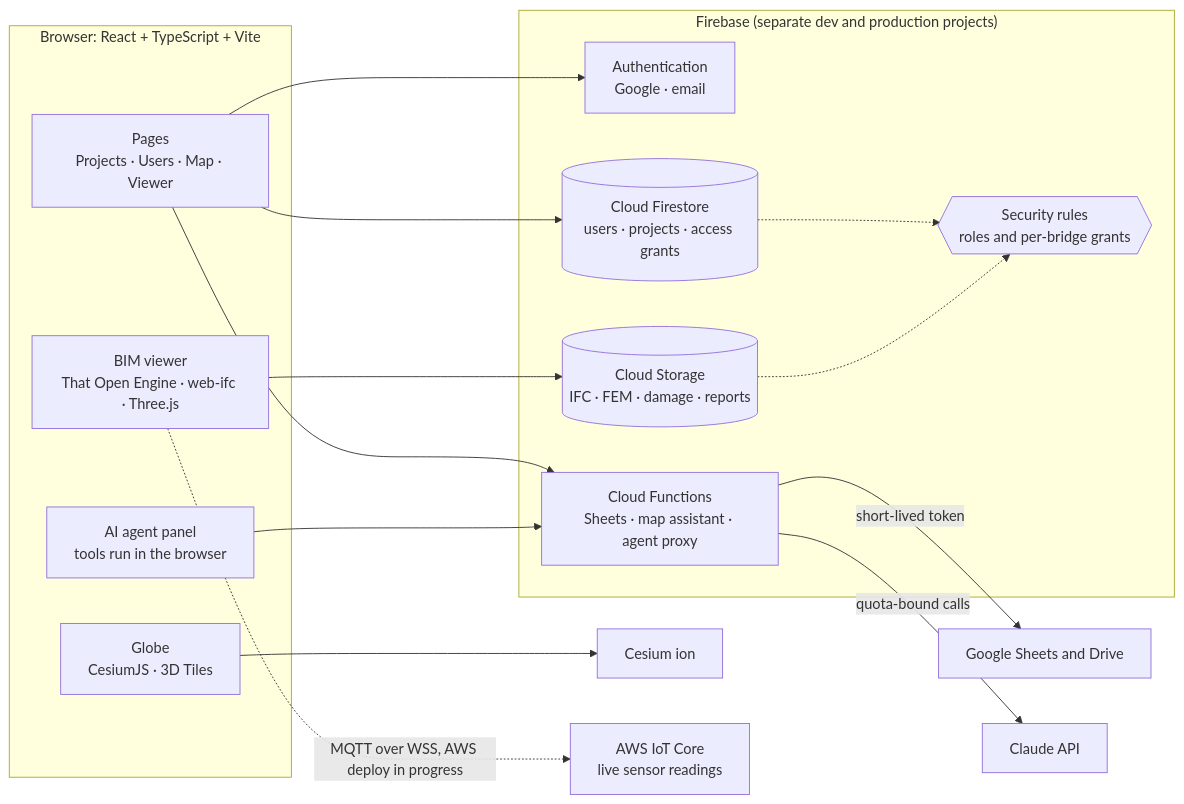
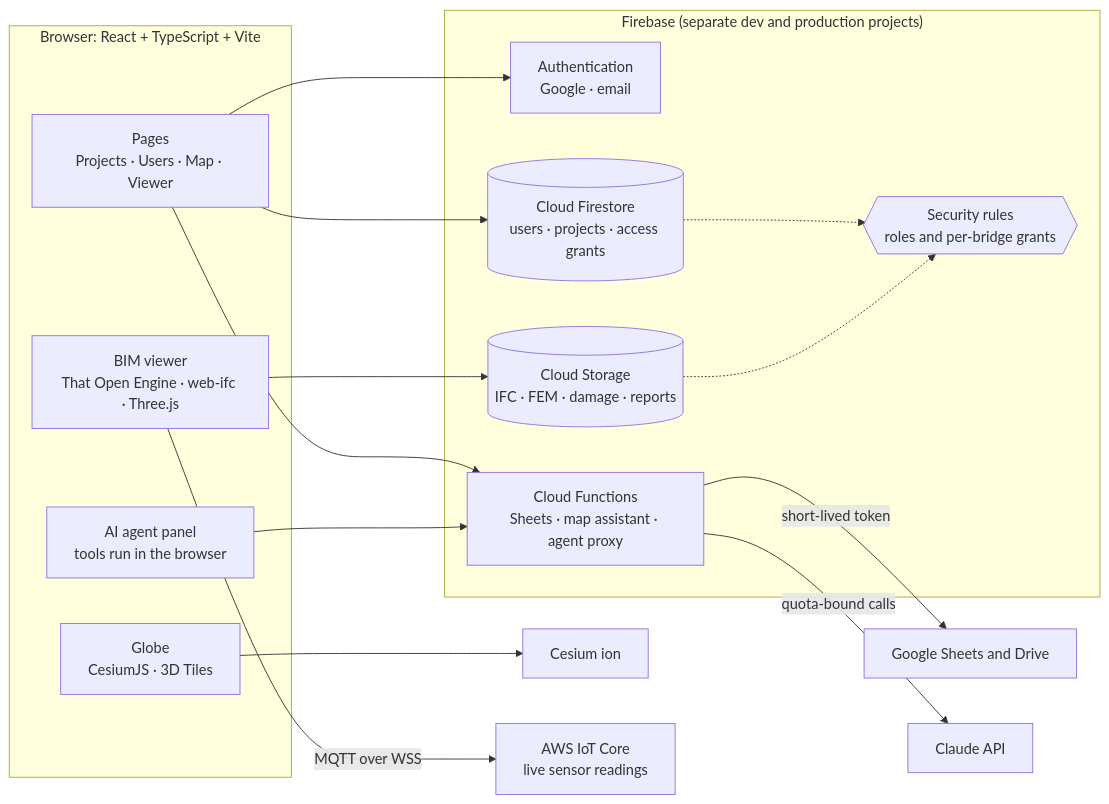
Before and after one commit to fbrandao2k/digital-twin-platform-case-study: the diagram in README.md, drawn with Mermaid. The commit also changed other lines of this file and 1 other file, not shown here.

First line of the commit message:
Describe live sensors as verified on AWS IoT Core

````diff
--- a/README.md
+++ b/README.md
@@ -120,29 +120,29 @@
 ```mermaid
 flowchart LR
     subgraph Browser["Browser: React + TypeScript + Vite"]
         Pages["Pages<br/>Projects · Users · Map · Viewer"]
         Viewer["BIM viewer<br/>That Open Engine · web-ifc · Three.js"]
         Globe["Globe<br/>CesiumJS · 3D Tiles"]
         Agent["AI agent panel<br/>tools run in the browser"]
     end
 
     subgraph Firebase["Firebase (separate dev and production projects)"]
         Auth["Authentication<br/>Google · email"]
         Firestore[("Cloud Firestore<br/>users · projects · access grants")]
         Storage[("Cloud Storage<br/>IFC · FEM · damage · reports")]
         Functions["Cloud Functions<br/>Sheets · map assistant · agent proxy"]
         Rules{{"Security rules<br/>roles and per-bridge grants"}}
     end
 
     Pages --> Auth
     Viewer --> Storage
     Pages --> Firestore
     Firestore -.-> Rules
     Storage -.-> Rules
     Pages --> Functions
     Functions -->|"short-lived token"| Sheets["Google Sheets and Drive"]
     Agent --> Functions
     Functions -->|"quota-bound calls"| Claude["Claude API"]
     Globe --> Ion["Cesium ion"]
-    Viewer -.->|"MQTT over WSS, AWS deploy in progress"| IoT["AWS IoT Core<br/>live sensor readings"]
+    Viewer -->|"MQTT over WSS"| IoT["AWS IoT Core<br/>live sensor readings"]
 ```
````
